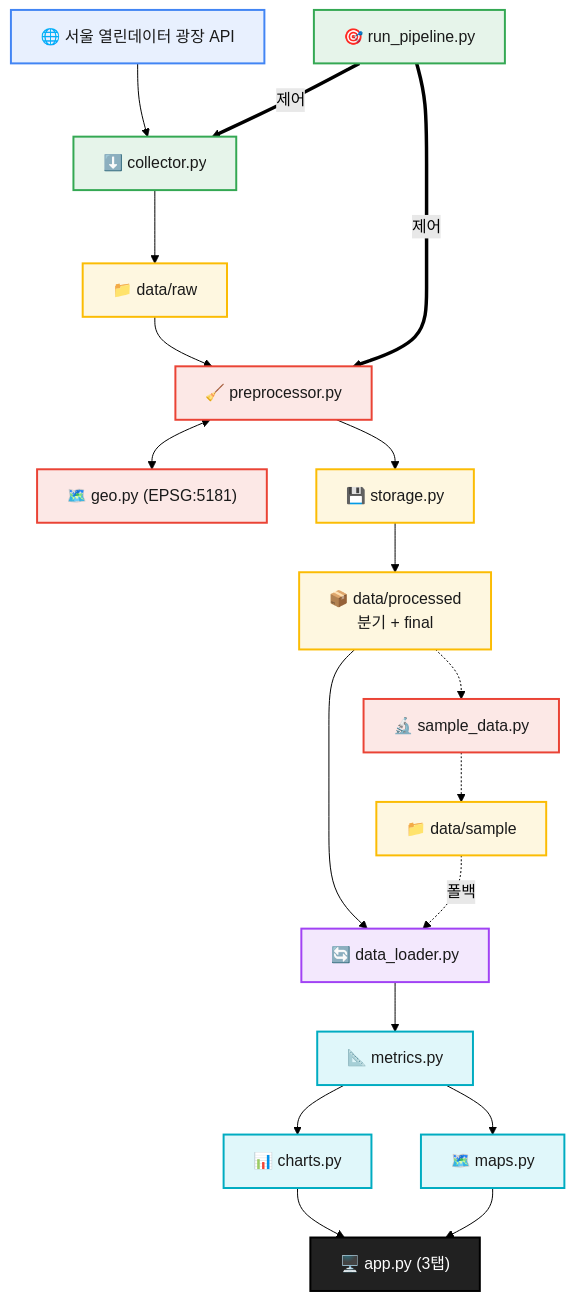
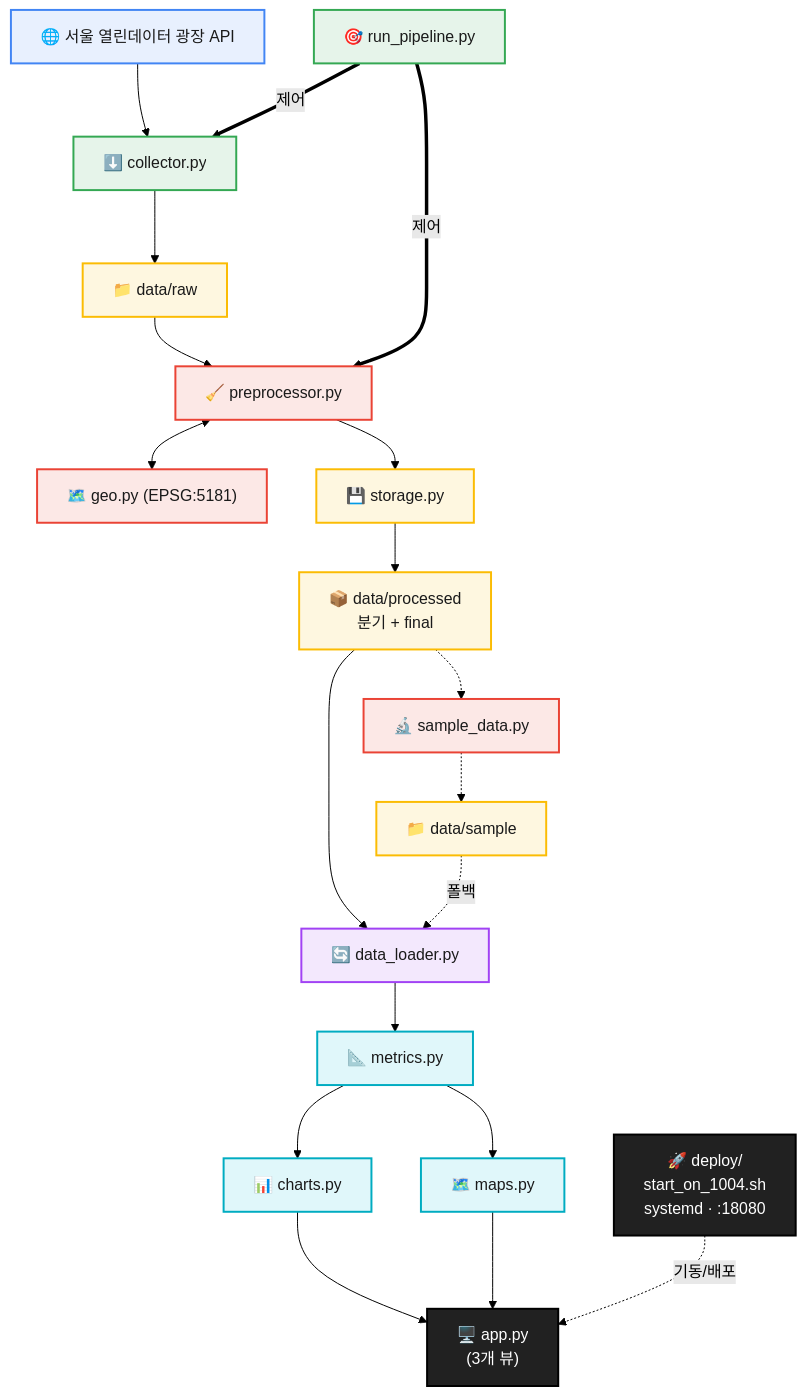
One commit to JamesRhee1/seoul-local-market-remake changed the diagram in docs/project_notes.md. Above: the diagram before and after it, drawn with Mermaid (forest theme). The commit also changed other lines of this file and 7 other files, not shown here.

````diff
--- a/docs/project_notes.md
+++ b/docs/project_notes.md
@@ -199,41 +205,43 @@
 ```mermaid
 flowchart TD
     API["🌐 서울 열린데이터 광장 API"]:::source
     ORCH["🎯 run_pipeline.py"]:::collect
     COL["⬇️ collector.py"]:::collect
     RAW["📁 data/raw"]:::store
     PRE["🧹 preprocessor.py"]:::process
     GEO["🗺️ geo.py (EPSG:5181)"]:::process
     STIO["💾 storage.py"]:::store
     PROC["📦 data/processed<br/>분기 + final"]:::store
     SMP["🔬 sample_data.py"]:::process
     SAMPDIR["📁 data/sample"]:::store
     LOAD["🔄 data_loader.py"]:::load
     MET["📐 metrics.py"]:::analyze
     CHART["📊 charts.py"]:::analyze
     MAPS["🗺️ maps.py"]:::analyze
-    APP["🖥️ app.py (3탭)"]:::dashboard
+    APP["🖥️ app.py<br/>(3개 뷰)"]:::dashboard
+    DEPLOY["🚀 deploy/<br/>start_on_1004.sh<br/>systemd · :18080"]:::dashboard
 
     API --> COL
     ORCH ==>|제어| COL
     COL --> RAW --> PRE
     PRE <--> GEO
     PRE --> STIO --> PROC
     ORCH ==>|제어| PRE
     PROC -.-> SMP -.-> SAMPDIR
     PROC --> LOAD
     SAMPDIR -.->|폴백| LOAD
     LOAD --> MET
     MET --> CHART
     MET --> MAPS
     CHART --> APP
     MAPS --> APP
+    DEPLOY -.->|기동/배포| APP
 
     classDef source fill:#E8F0FE,stroke:#4285F4,stroke-width:2px,color:#1a1a1a;
     classDef collect fill:#E6F4EA,stroke:#34A853,stroke-width:2px,color:#1a1a1a;
     classDef store fill:#FEF7E0,stroke:#FBBC04,stroke-width:2px,color:#1a1a1a;
     classDef process fill:#FCE8E6,stroke:#EA4335,stroke-width:2px,color:#1a1a1a;
     classDef load fill:#F3E8FD,stroke:#A142F4,stroke-width:2px,color:#1a1a1a;
     classDef analyze fill:#E0F7FA,stroke:#00ACC1,stroke-width:2px,color:#1a1a1a;
     classDef dashboard fill:#212121,stroke:#000000,stroke-width:2px,color:#ffffff;
 ```
````
